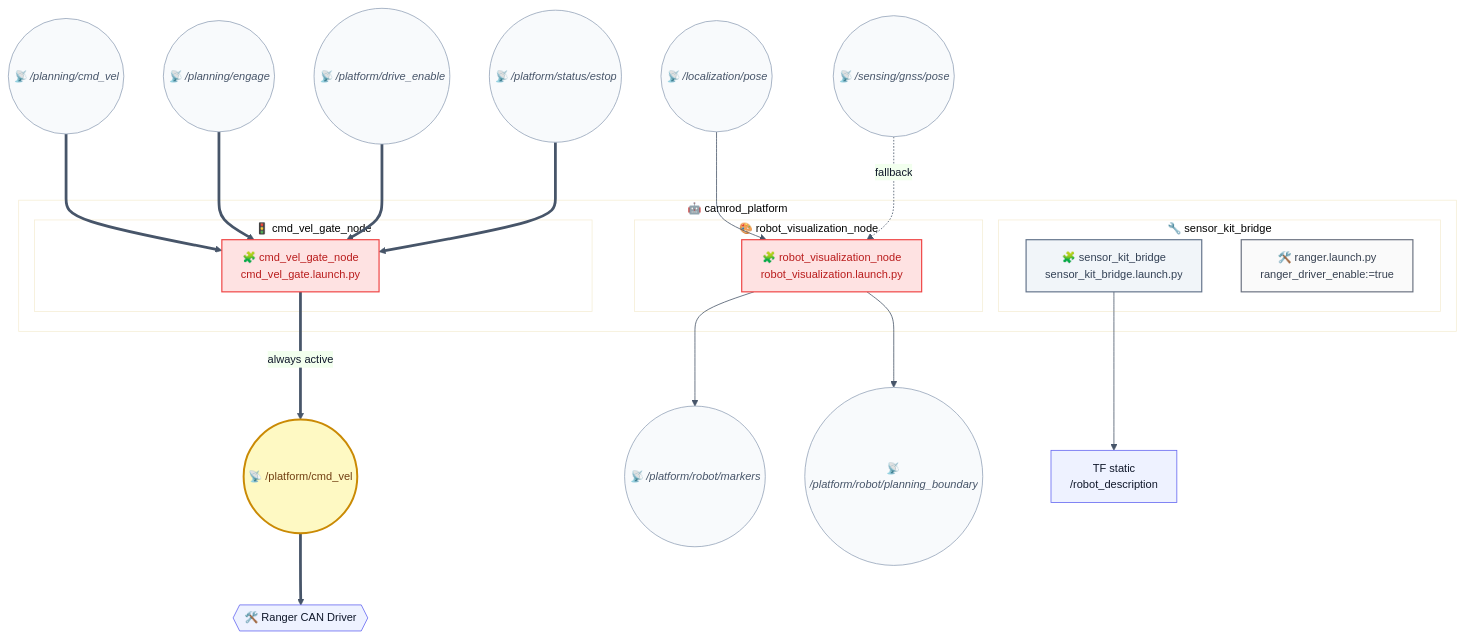
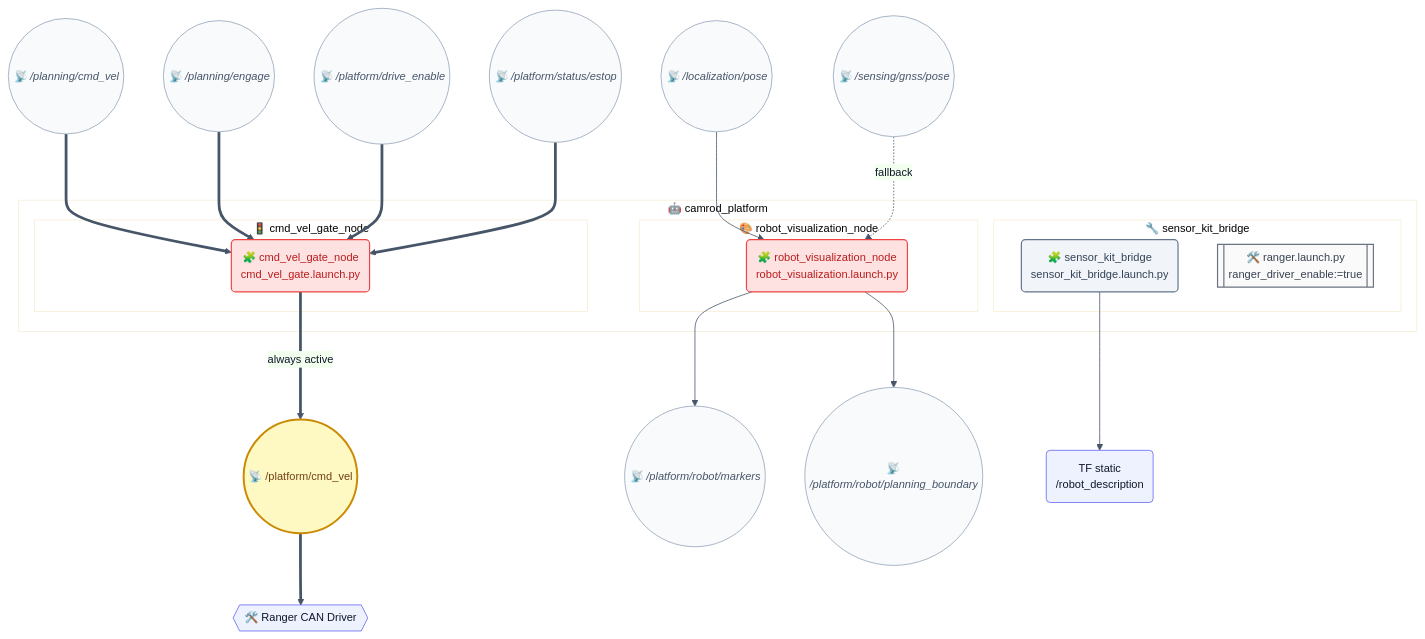
The second of 3 diagrams in camrod_platform/README.md (hwanhonglee/CAMROD), drawn with Mermaid before and after one commit. The commit also changed other lines of this file and 12 other files, not shown here.

First line of the commit message:
docs(v4): unified Mermaid shape convention + runtime data flow diagram

````diff
--- a/camrod_platform/README.md
+++ b/camrod_platform/README.md
@@ -91,49 +91,49 @@
 ```mermaid
 %%{init: {'theme': 'base', 'themeVariables': {'fontFamily': 'ui-sans-serif, system-ui, sans-serif', 'fontSize': '14px', 'primaryColor': '#EEF2FF', 'primaryTextColor': '#0F172A', 'primaryBorderColor': '#6366F1', 'lineColor': '#475569'}, 'flowchart': {'curve': 'basis', 'htmlLabels': true, 'padding': 12}}}%%
 graph TD
   classDef sensing      fill:#ECFEFF,stroke:#06B6D4,stroke-width:1.5px,color:#0E7490;
   classDef localization fill:#ECFDF5,stroke:#10B981,stroke-width:1.5px,color:#047857;
   classDef planning     fill:#EEF2FF,stroke:#6366F1,stroke-width:1.5px,color:#4338CA;
   classDef platform     fill:#FEE2E2,stroke:#EF4444,stroke-width:1.5px,color:#B91C1C;
   classDef system       fill:#F1F5F9,stroke:#64748B,stroke-width:1.5px,color:#334155;
   classDef hardware     fill:#FAFAFA,stroke:#6B7280,stroke-width:1.5px,color:#374151;
   classDef highlight    fill:#FEF9C3,stroke:#CA8A04,stroke-width:2.5px,color:#713F12;
   classDef topic        fill:#F8FAFC,stroke:#94A3B8,stroke-width:1px,color:#475569,font-style:italic;
 
   PLAN_IN((📡 /planning/cmd_vel)) ==> GATE
   ENGAGE((📡 /planning/engage)) ==> GATE
   DRIVE_EN((📡 /platform/drive_enable)) ==> GATE
   ESTOP((📡 /platform/status/estop)) ==> GATE
 
   subgraph PLAT_PKG [🤖 camrod_platform]
     subgraph GATE_SG [🚦 cmd_vel_gate_node]
-      GATE[🧩 cmd_vel_gate_node\ncmd_vel_gate.launch.py]
+      GATE(🧩 cmd_vel_gate_node\ncmd_vel_gate.launch.py)
     end
 
     subgraph VIZ_SG [🎨 robot_visualization_node]
-      VIZ[🧩 robot_visualization_node\nrobot_visualization.launch.py]
+      VIZ(🧩 robot_visualization_node\nrobot_visualization.launch.py)
     end
 
     subgraph BRIDGE_SG [🔧 sensor_kit_bridge]
-      BRIDGE[🧩 sensor_kit_bridge\nsensor_kit_bridge.launch.py]
-      RANGER[🛠️ ranger.launch.py\nranger_driver_enable:=true]
+      BRIDGE(🧩 sensor_kit_bridge\nsensor_kit_bridge.launch.py)
+      RANGER[[🛠️ ranger.launch.py\nranger_driver_enable:=true]]
     end
   end
 
   GATE ==>|always active| CMDVEL_OUT((📡 /platform/cmd_vel))
   CMDVEL_OUT ==> HW{{🛠️ Ranger CAN Driver}}
 
   LOCPOSE((📡 /localization/pose)) --> VIZ
   GNSSPOSE((📡 /sensing/gnss/pose)) -.->|fallback| VIZ
   VIZ --> MARKERS((📡 /platform/robot/markers))
   VIZ --> BOUNDARY((📡 /platform/robot/planning_boundary))
 
-  BRIDGE --> TF[TF static\n/robot_description]
+  BRIDGE --> TF(TF static\n/robot_description)
 
   class GATE platform
   class VIZ platform
   class BRIDGE system
   class RANGER hardware
   class CMDVEL_OUT highlight
   class PLAN_IN,ENGAGE,DRIVE_EN,ESTOP,LOCPOSE,GNSSPOSE,MARKERS,BOUNDARY topic
 ```
````
